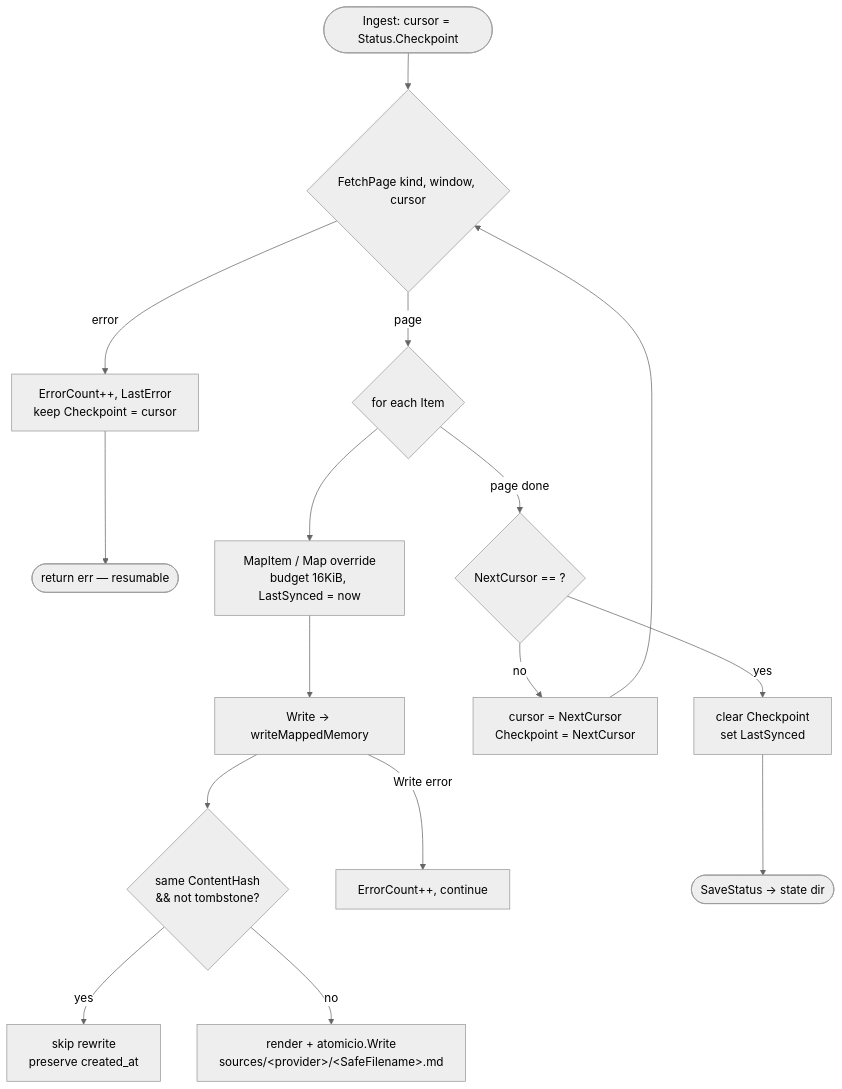
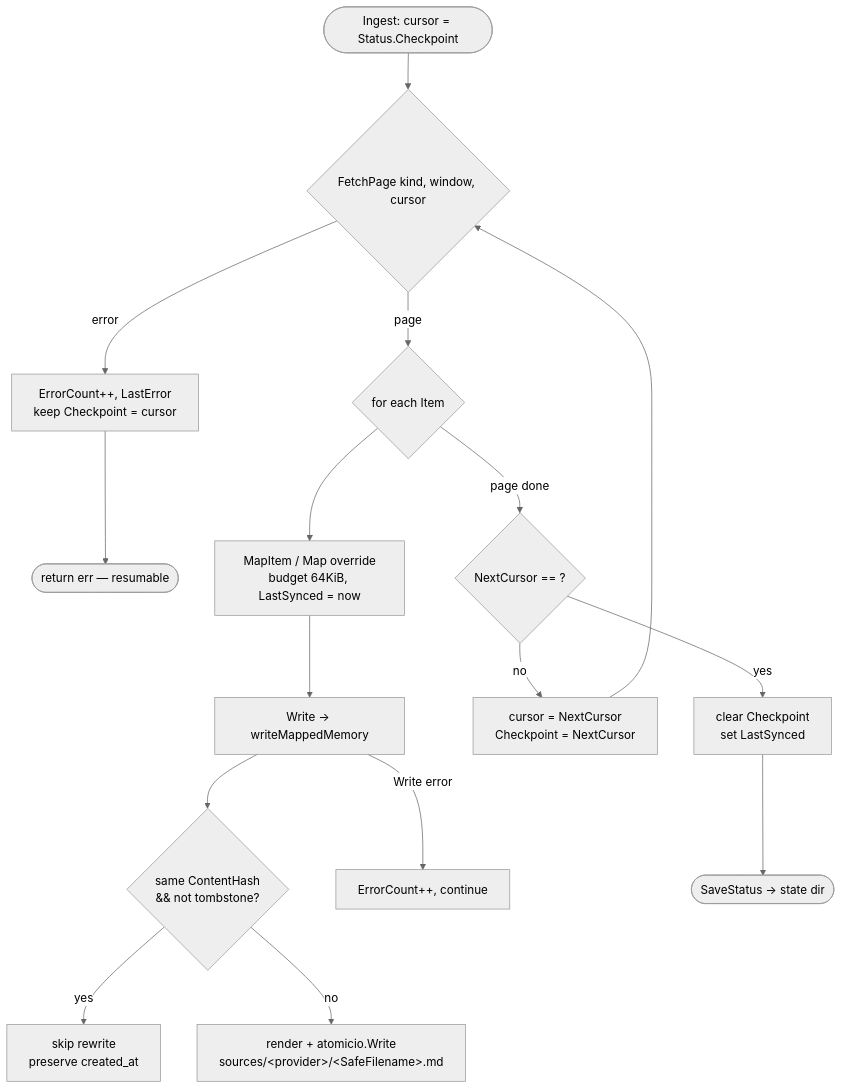
One commit to pyranthus-hq/mora changed the third of 3 diagrams in docs/architecture/04-connectors-google.md. Above: the diagram before and after it, drawn with Mermaid (neutral theme). The commit also changed other lines of this file and 6 other files, not shown here.

````diff
--- a/docs/architecture/04-connectors-google.md
+++ b/docs/architecture/04-connectors-google.md
@@ -137,15 +137,15 @@
 ```mermaid
 flowchart TD
   START([Ingest: cursor = Status.Checkpoint]) --> FP{FetchPage kind, window, cursor}
   FP -->|error| ERR[ErrorCount++, LastError\nkeep Checkpoint = cursor] --> RET([return err — resumable])
   FP -->|page| LOOP{for each Item}
-  LOOP --> MAP[MapItem / Map override\nbudget 16KiB, LastSynced = now]
+  LOOP --> MAP[MapItem / Map override\nbudget 64KiB, LastSynced = now]
   MAP --> W[Write → writeMappedMemory]
   W --> SKIP{same ContentHash\n&& not tombstone?}
   SKIP -->|yes| KEEP[skip rewrite\npreserve created_at]
   SKIP -->|no| WRITE[render + atomicio.Write\nsources/&lt;provider&gt;/&lt;SafeFilename&gt;.md]
   W -->|Write error| CNT[ErrorCount++, continue]
   LOOP -->|page done| NEXT{NextCursor == ""?}
   NEXT -->|no| ADV[cursor = NextCursor\nCheckpoint = NextCursor] --> FP
   NEXT -->|yes| DONE[clear Checkpoint\nset LastSynced] --> SAVE([SaveStatus → state dir])
 ```
````
